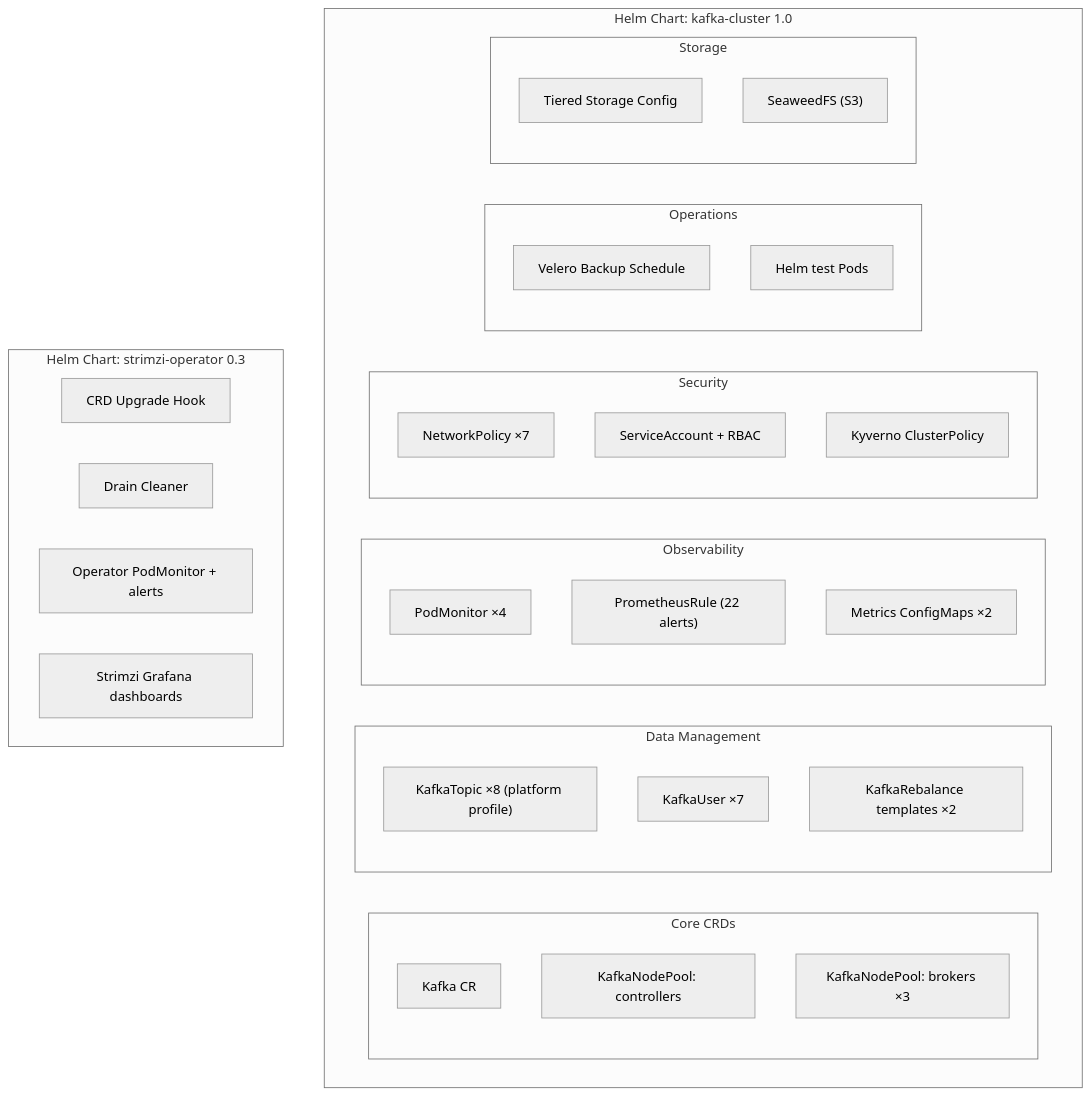
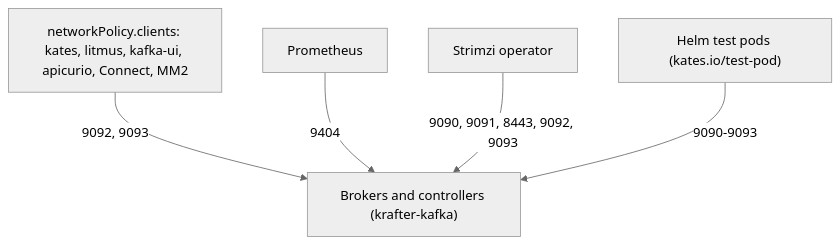
The second of 4 diagrams in docs/book/20-installation-guide.md (bmscomp/kates), drawn with Mermaid (neutral theme) before and after one commit. The commit also changed other lines of this file and 52 other files, not shown here.

````diff
--- a/docs/book/20-installation-guide.md
+++ b/docs/book/20-installation-guide.md
@@ -933,42 +1000,15 @@
 ```mermaid
-%%| label: fig-install-chart-resource-graph
-%%| fig-cap: "Division of Kubernetes resources between the per-cluster kafka-cluster 1.0 chart and the cluster-wide strimzi-operator 0.3 chart."
-%%| fig-alt: "Diagram comparing two Helm charts: Helm Chart kafka-cluster 1.0 (containing Core CRDs, Data Management, Observability, Security, Operations, and Storage subgraphs) and Helm Chart strimzi-operator 0.3 (containing CRD Upgrade Hook, Drain Cleaner, Operator PodMonitor + alerts, and Strimzi Grafana dashboards)."
-graph TD
-    subgraph "Helm Chart: kafka-cluster 1.0"
-        subgraph "Core CRDs"
-            KC["Kafka CR"]
-            CNP["KafkaNodePool: controllers"]
-            BNP["KafkaNodePool: brokers ×3"]
-        end
-        subgraph "Data Management"
-            T["KafkaTopic ×8 (platform profile)"]
-            U["KafkaUser ×7"]
-            RB["KafkaRebalance templates ×2"]
-        end
-        subgraph "Observability"
-            PM["PodMonitor ×4"]
-            PR["PrometheusRule (22 alerts)"]
-            MC["Metrics ConfigMaps ×2"]
-        end
-        subgraph "Security"
-            NP["NetworkPolicy ×7"]
-            SA["ServiceAccount + RBAC"]
-            KP["Kyverno ClusterPolicy"]
-        end
-        subgraph "Operations"
-            BK["Velero Backup Schedule"]
-            RBAC2["Helm test Pods"]
-        end
-        subgraph "Storage"
-            TS["Tiered Storage Config"]
-            SW["SeaweedFS (S3)"]
-        end
-    end
-    subgraph "Helm Chart: strimzi-operator 0.3"
-        CRD["CRD Upgrade Hook"]
-        DC["Drain Cleaner"]
-        OPM["Operator PodMonitor + alerts"]
-        GD2["Strimzi Grafana dashboards"]
-    end
+%%| label: fig-install-network-policy-traffic-flow
+%%| fig-cap: "The chart's policy admits named clients, Prometheus, the operator and the Helm test pods to the brokers, each on its own ports."
+%%| fig-alt: "Four sources with solid arrows into the brokers and controllers, krafter-kafka: the networkPolicy.clients entries on 9092 and 9093, Prometheus on 9404, the Strimzi operator on 9090, 9091, 8443, 9092 and 9093, and the Helm test pods on 9090 to 9093."
+flowchart TB
+    CL["networkPolicy.clients: kates, litmus, kafka-ui, apicurio, Connect, MM2"]
+    P["Prometheus"]
+    SO["Strimzi operator"]
+    TP["Helm test pods (kates.io/test-pod)"]
+    B["Brokers and controllers (krafter-kafka)"]
+    CL -->|"9092, 9093"| B
+    P -->|"9404"| B
+    SO -->|"9090, 9091, 8443, 9092, 9093"| B
+    TP -->|"9090-9093"| B
 ```
````
